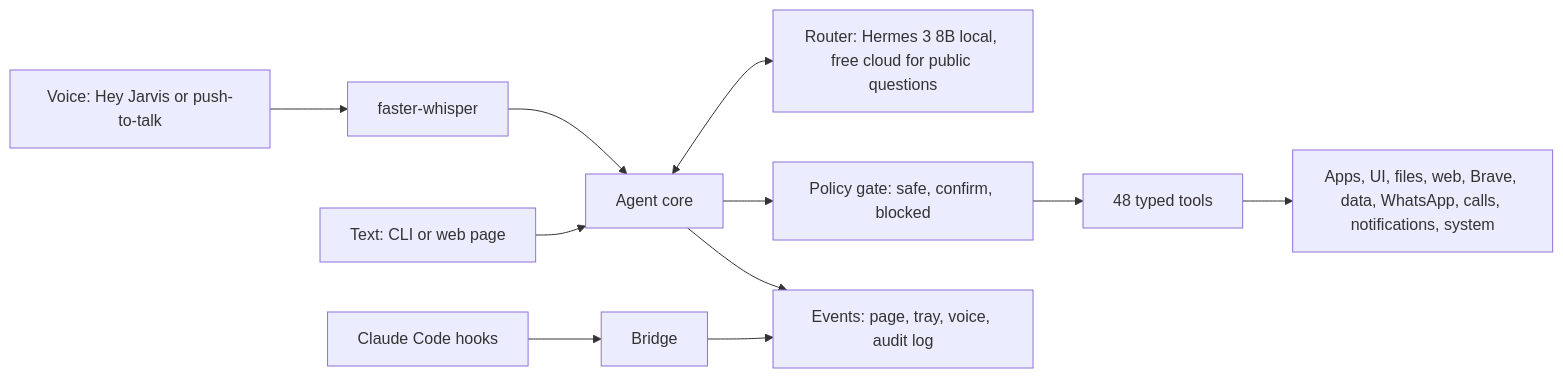
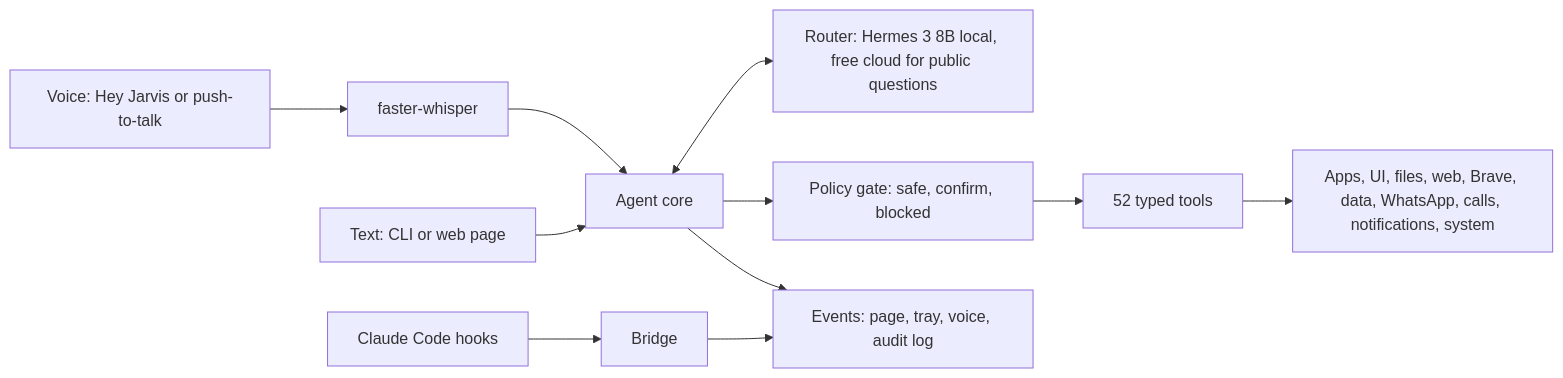
The diagram in README.md (PreeyasTumulu/JARVIS), drawn with Mermaid before and after one commit. The commit also changed other lines of this file and 8 other files, not shown here.

````diff
--- a/README.md
+++ b/README.md
@@ -49,12 +50,12 @@
 ```mermaid
 flowchart LR
   V[Voice: Hey Jarvis or push-to-talk] --> STT[faster-whisper]
   STT --> A[Agent core]
   T[Text: CLI or web page] --> A
   A <--> M[Router: Hermes 3 8B local, free cloud for public questions]
   A --> P[Policy gate: safe, confirm, blocked]
-  P --> R[48 typed tools]
+  P --> R[52 typed tools]
   R --> W[Apps, UI, files, web, Brave, data, WhatsApp, calls, notifications, system]
   A --> E[Events: page, tray, voice, audit log]
   C[Claude Code hooks] --> B[Bridge] --> E
 ```
````
